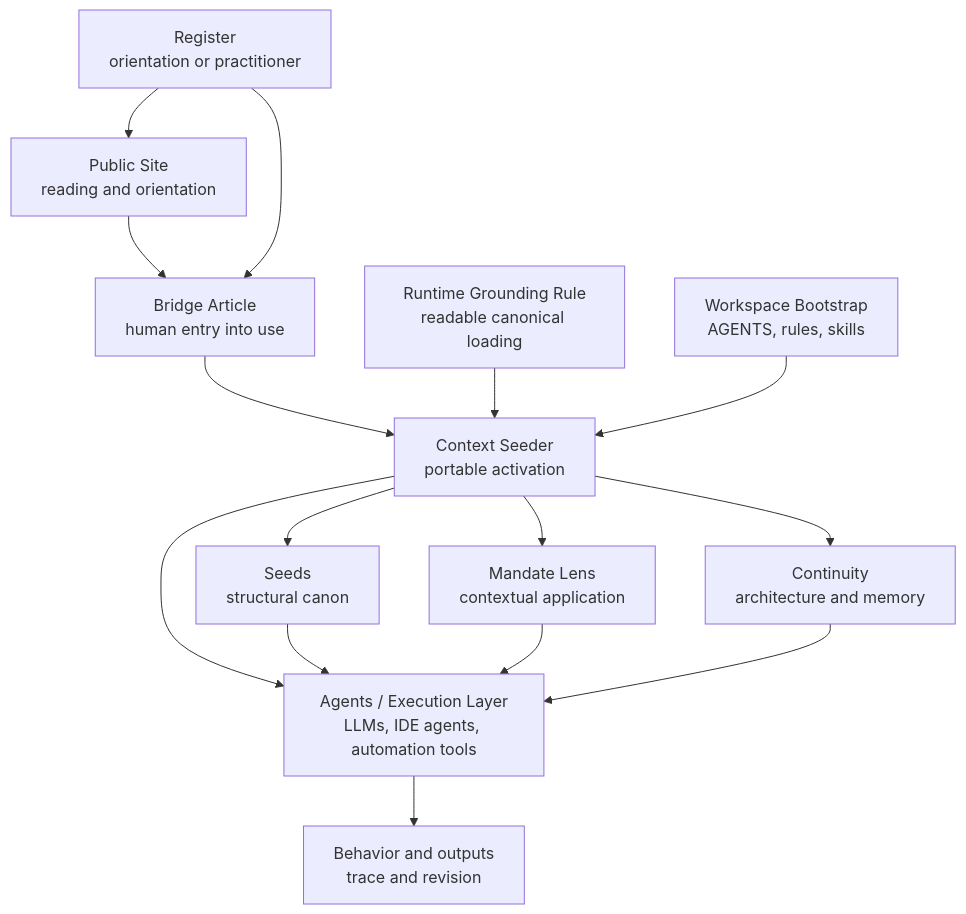
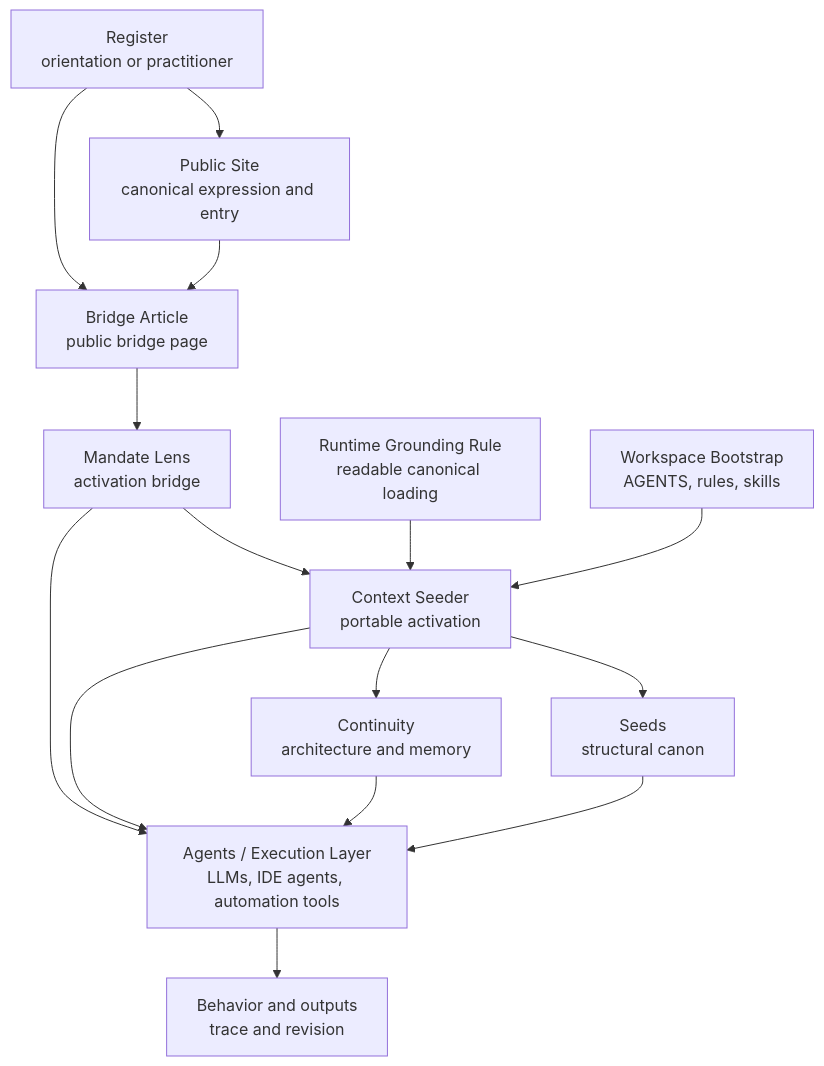
Before and after one commit to Mikeys-Tech-Lab/poc: the first of 2 diagrams in continuity/guidance-architecture.md, drawn with Mermaid. The commit also changed other lines of this file and 43 other files, not shown here.

````diff
--- a/continuity/guidance-architecture.md
+++ b/continuity/guidance-architecture.md
@@ -52,29 +52,29 @@
 ```mermaid
 flowchart TD
-    PS["Public Site<br/>reading and orientation"]
-    BA["Bridge Article<br/>human entry into use"]
+    PS["Public Site<br/>canonical expression and entry"]
+    BA["Bridge Article<br/>public bridge page"]
     REG["Register<br/>orientation or practitioner"]
+    ML["Mandate Lens<br/>activation bridge"]
     CS["Context Seeder<br/>portable activation"]
     SD["Seeds<br/>structural canon"]
-    ML["Mandate Lens<br/>contextual application"]
     CT["Continuity<br/>architecture and memory"]
     AX["Agents / Execution Layer<br/>LLMs, IDE agents, automation tools"]
     OUT["Behavior and outputs<br/>trace and revision"]
     RG["Runtime Grounding Rule<br/>readable canonical loading"]
     WB["Workspace Bootstrap<br/>AGENTS, rules, skills"]
 
     PS --> BA
     REG --> PS
     REG --> BA
-    BA --> CS
+    BA --> ML
+    ML --> CS
     CS --> SD
-    CS --> ML
     CS --> CT
     CS --> AX
     SD --> AX
     ML --> AX
     CT --> AX
     AX --> OUT
     RG --> CS
     WB --> CS
 ```
````
